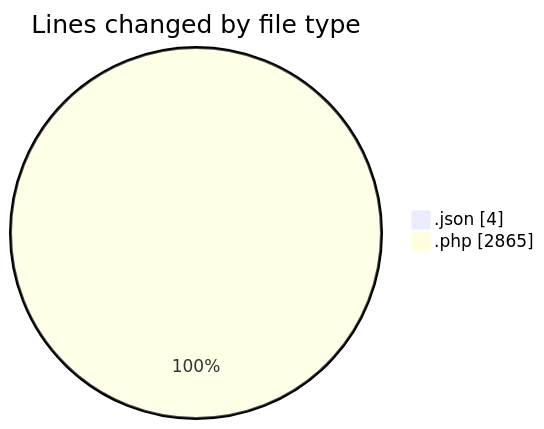
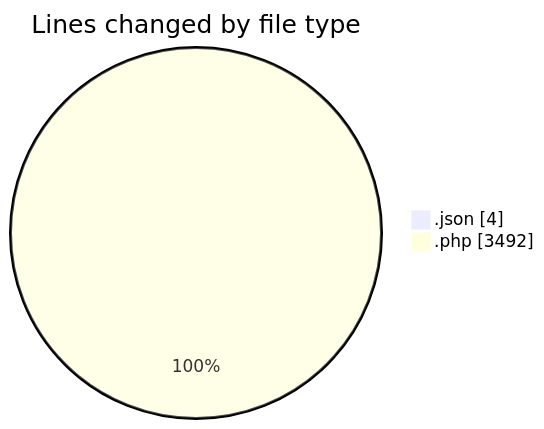
One commit to debugP/code-tracking changed the first of 2 diagrams in 2026-06-30/wp-content/README.md. Above: the diagram before and after it, drawn with Mermaid. The commit also changed other lines of this file and 1 other file, not shown here.

````diff
--- a/2026-06-30/wp-content/README.md
+++ b/2026-06-30/wp-content/README.md
@@ -26,6 +29,6 @@
 ```mermaid
 pie showData
 title Lines changed by file type
 ".json" : 4
-".php" : 2865
+".php" : 3492
 ```
````
